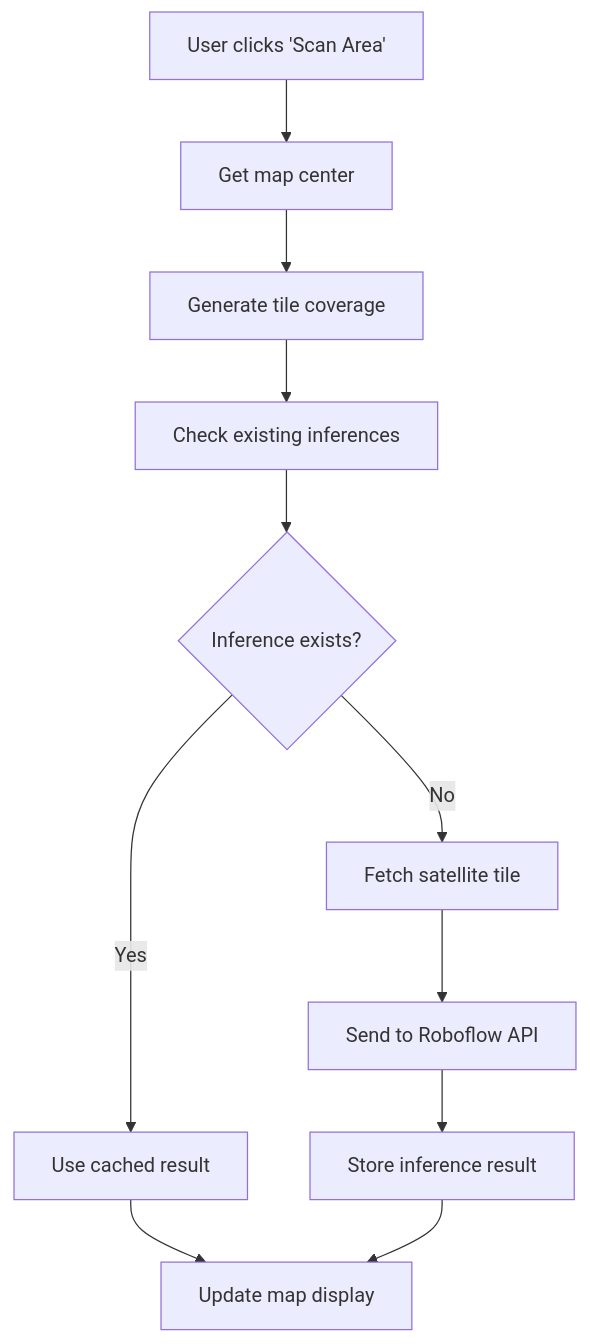
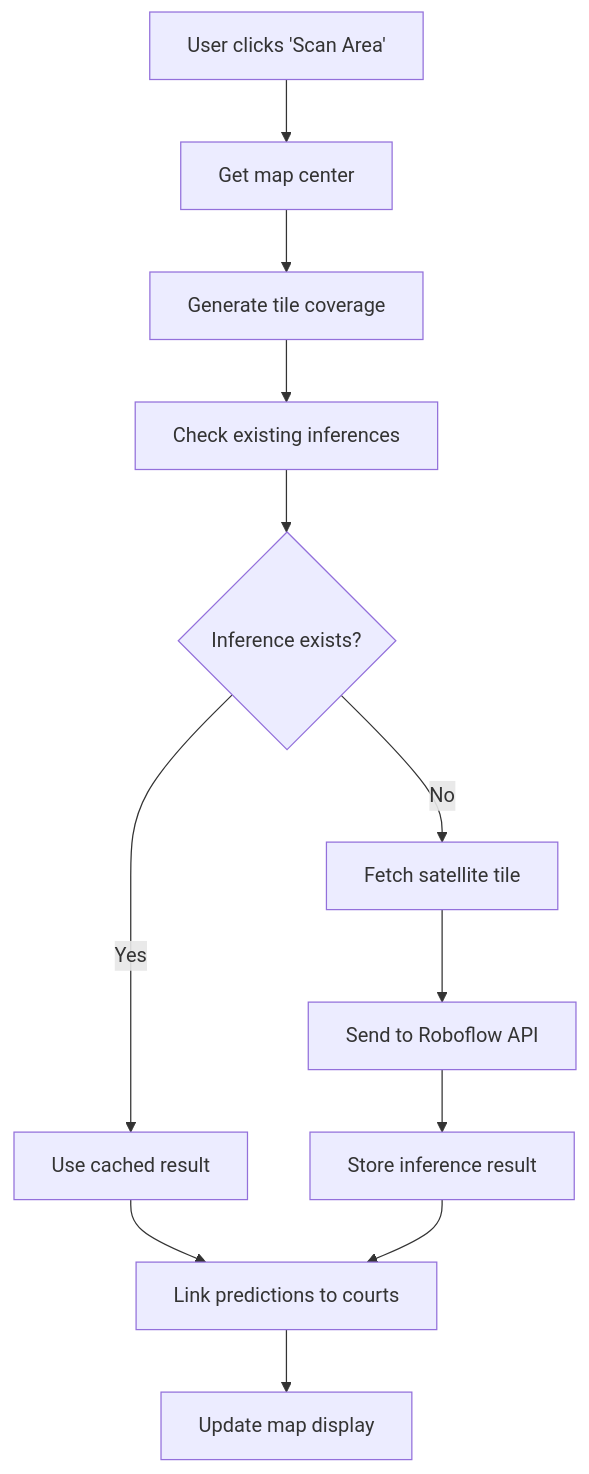
One commit to seansusmilch/court-finder changed the third of 4 diagrams in docs/map-features.md. Above: the diagram before and after it, drawn with Mermaid. The commit also changed other lines of this file and 55 other files, not shown here.

````diff
--- a/docs/map-features.md
+++ b/docs/map-features.md
@@ -178,13 +346,14 @@
 ```mermaid
 graph TD
     A[User clicks 'Scan Area'] --> B[Get map center]
     B --> C[Generate tile coverage]
     C --> D[Check existing inferences]
     D --> E{Inference exists?}
     E -->|Yes| F[Use cached result]
     E -->|No| G[Fetch satellite tile]
     G --> H[Send to Roboflow API]
     H --> I[Store inference result]
-    F --> J[Update map display]
+    F --> J[Link predictions to courts]
     I --> J
+    J --> K[Update map display]
 ```
````
